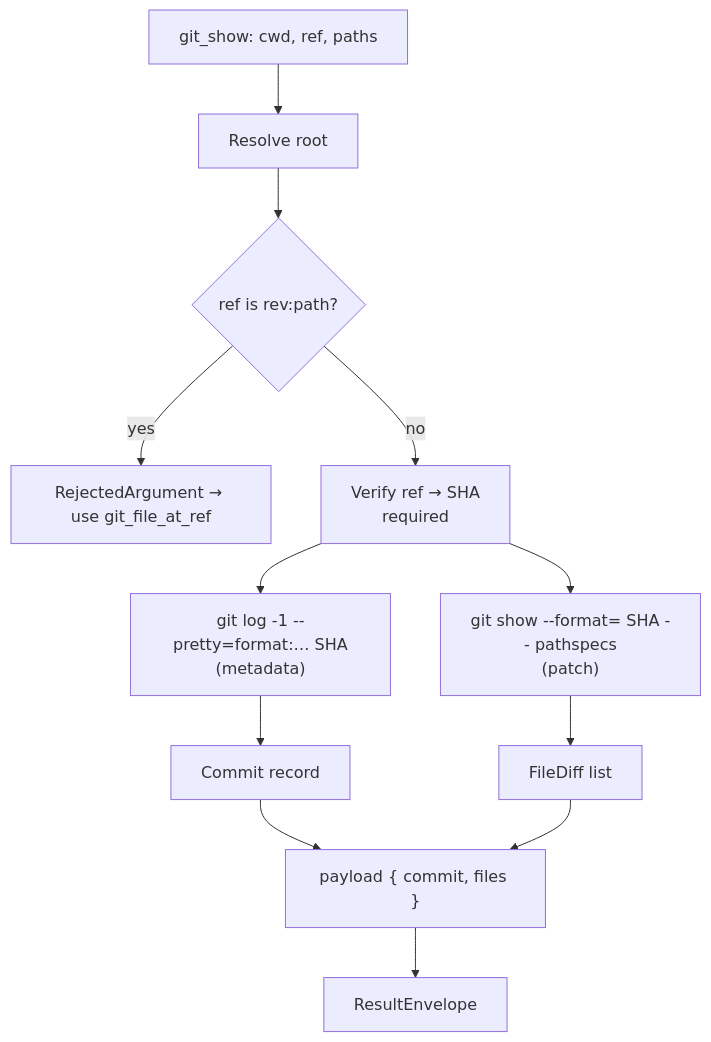
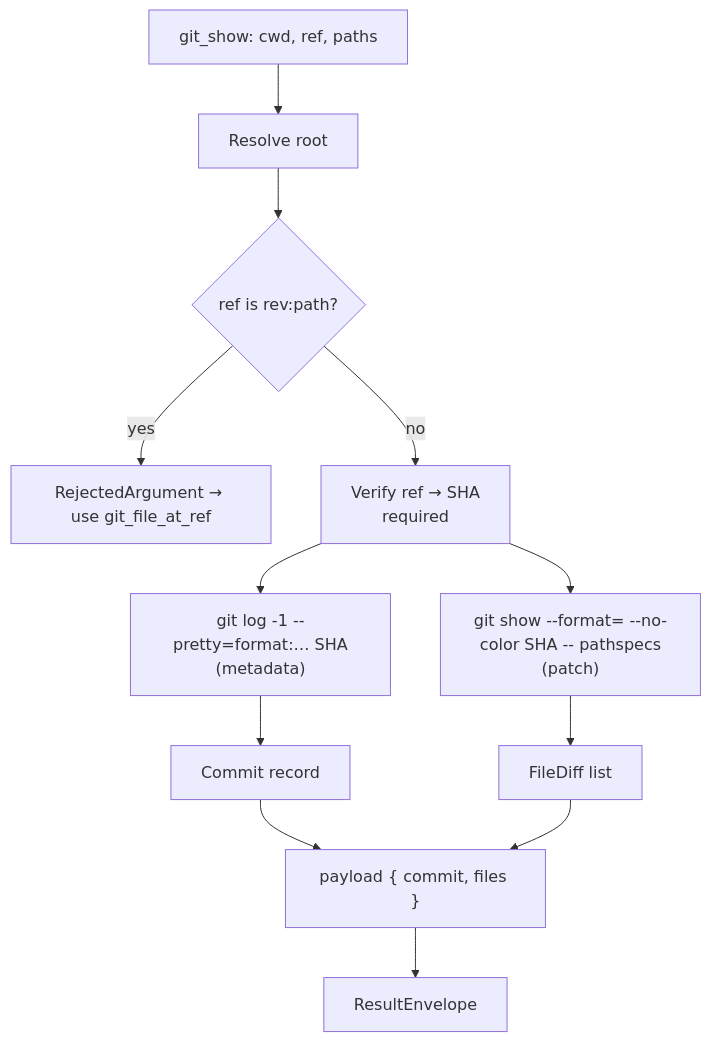
One commit to brenordv/mcp-toolset changed the fifth of 14 diagrams in src/RaccoonNinja.McpToolset.Server.GitOps/README.md. Above: the diagram before and after it, drawn with Mermaid. The commit also changed other lines of this file and 9 other files, not shown here.

First line of the commit message:
Add `--no-color` to `git_diff`, `git_show`, and `git_stash_show` to fix parsing issues with colored patches.

````diff
--- a/src/RaccoonNinja.McpToolset.Server.GitOps/README.md
+++ b/src/RaccoonNinja.McpToolset.Server.GitOps/README.md
@@ -188,14 +191,14 @@
 ```mermaid
 flowchart TD
     A[git_show: cwd, ref, paths] --> B[Resolve root]
     B --> R{ref is rev:path?}
     R -- yes --> X[RejectedArgument → use git_file_at_ref]
     R -- no --> C[Verify ref → SHA<br/>required]
     C --> D["git log -1 --pretty=format:… SHA<br/>(metadata)"]
-    C --> E["git show --format= SHA -- pathspecs<br/>(patch)"]
+    C --> E["git show --format= --no-color SHA -- pathspecs<br/>(patch)"]
     D --> F[Commit record]
     E --> G[FileDiff list]
     F --> H["payload { commit, files }"]
     G --> H
     H --> I[ResultEnvelope]
 ```
````
